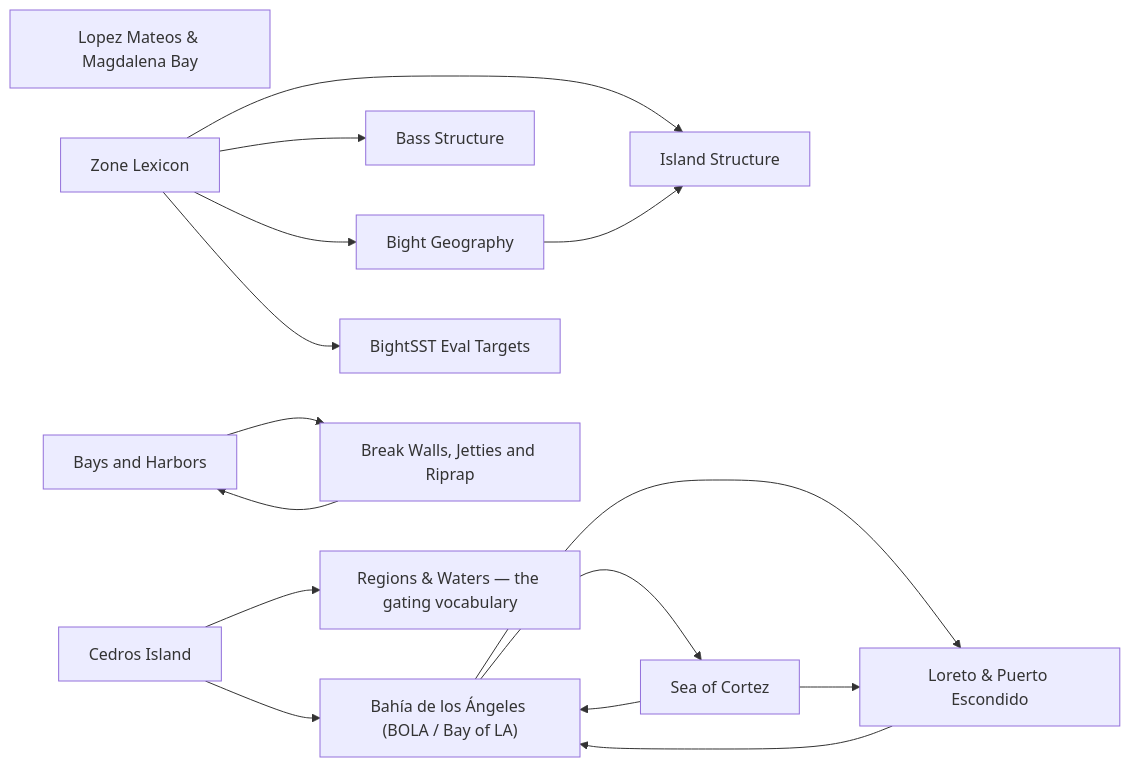
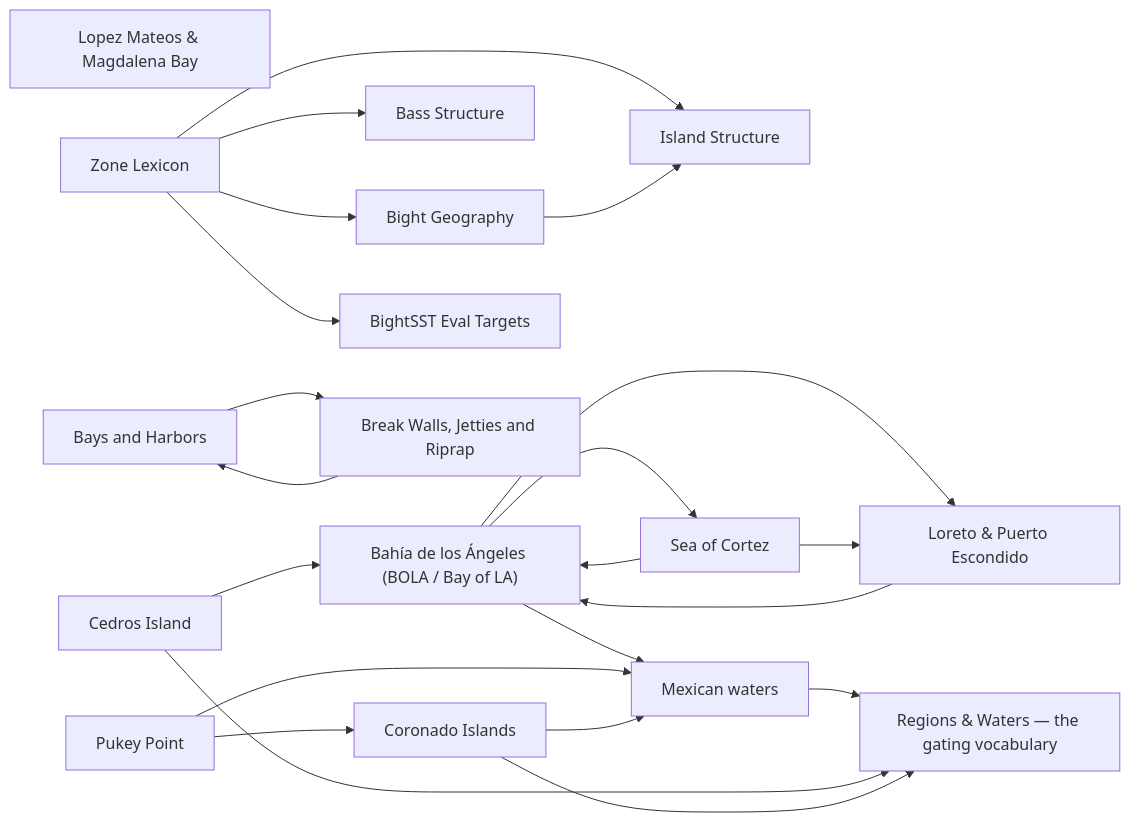
One commit to camchuckpete-max/Socal-Fishing-Knowledge changed the diagram in locations/README.md. Above: the diagram before and after it, drawn with Mermaid. The commit also changed other lines of this file and 17 other files, not shown here.

````diff
--- a/locations/README.md
+++ b/locations/README.md
@@ -26,30 +32,39 @@
 ```mermaid
 graph LR
   n0["Bahía de los Ángeles (BOLA / Bay of LA)"]
   n1["Lopez Mateos & Magdalena Bay"]
   n2["Bass Structure"]
   n3["Bays and Harbors"]
   n4["Bight Geography"]
   n5["BightSST Eval Targets"]
   n6["Break Walls, Jetties and Riprap"]
   n7["Cedros Island"]
-  n8["Island Structure"]
-  n9["Loreto & Puerto Escondido"]
-  n10["Regions & Waters — the gating vocabulary"]
-  n11["Sea of Cortez"]
-  n12["Zone Lexicon"]
+  n8["Coronado Islands"]
+  n9["Island Structure"]
+  n10["Loreto & Puerto Escondido"]
+  n11["Mexican waters"]
+  n12["Pukey Point"]
+  n13["Regions & Waters — the gating vocabulary"]
+  n14["Sea of Cortez"]
+  n15["Zone Lexicon"]
+  n0 --> n10
   n0 --> n11
-  n0 --> n9
-  n11 --> n0
-  n11 --> n9
-  n12 --> n2
-  n12 --> n4
-  n12 --> n5
+  n0 --> n14
+  n10 --> n0
+  n11 --> n13
+  n12 --> n11
   n12 --> n8
+  n14 --> n0
+  n14 --> n10
+  n15 --> n2
+  n15 --> n4
+  n15 --> n5
+  n15 --> n9
   n3 --> n6
-  n4 --> n8
+  n4 --> n9
   n6 --> n3
   n7 --> n0
-  n7 --> n10
-  n9 --> n0
+  n7 --> n13
+  n8 --> n11
+  n8 --> n13
 ```
````
